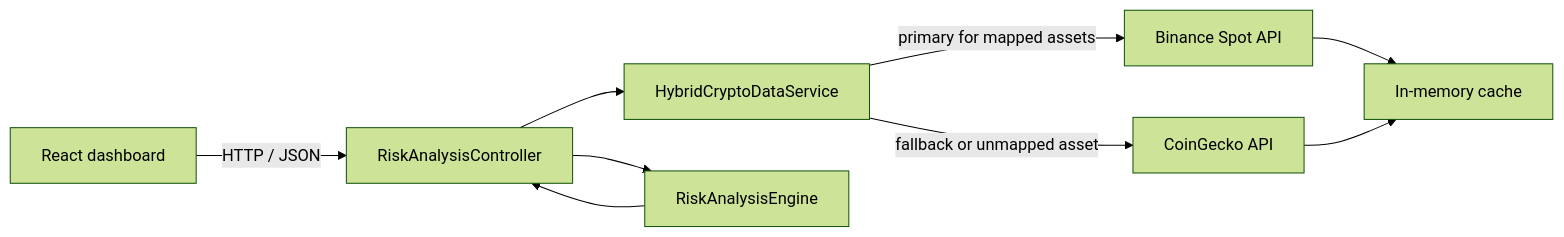
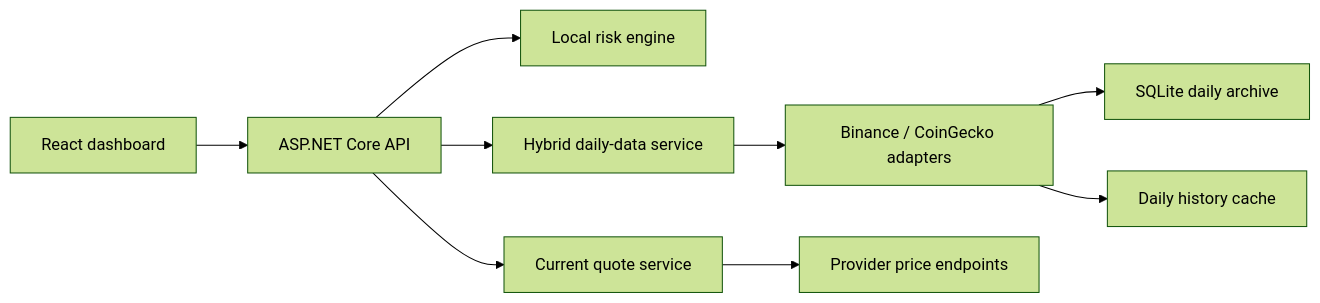
One commit to maykk159/CryptoRiskAnalysis changed the diagram in README.md. Above: the diagram before and after it, drawn with Mermaid (forest theme). The commit also changed other lines of this file and 8 other files, not shown here.

First line of the commit message:
Update documentation and architecture details; archive outdated reports

````diff
--- a/README.md
+++ b/README.md
@@ -61,11 +65,11 @@
 ```mermaid
 flowchart LR
-    UI[React dashboard] -->|HTTP / JSON| API[RiskAnalysisController]
-    API --> DATA[HybridCryptoDataService]
-    API --> ENGINE[RiskAnalysisEngine]
-    DATA -->|primary for mapped assets| BINANCE[Binance Spot API]
-    DATA -->|fallback or unmapped asset| GECKO[CoinGecko API]
-    BINANCE --> CACHE[In-memory cache]
-    GECKO --> CACHE
-    ENGINE --> API
+    UI[React dashboard] --> API[ASP.NET Core API]
+    API --> ENGINE[Local risk engine]
+    API --> HISTORY[Hybrid daily-data service]
+    API --> QUOTES[Current quote service]
+    HISTORY --> PROVIDERS[Binance / CoinGecko adapters]
+    PROVIDERS --> STORE[SQLite daily archive]
+    PROVIDERS --> CACHE[Daily history cache]
+    QUOTES --> PRICE[Provider price endpoints]
 ```
````
